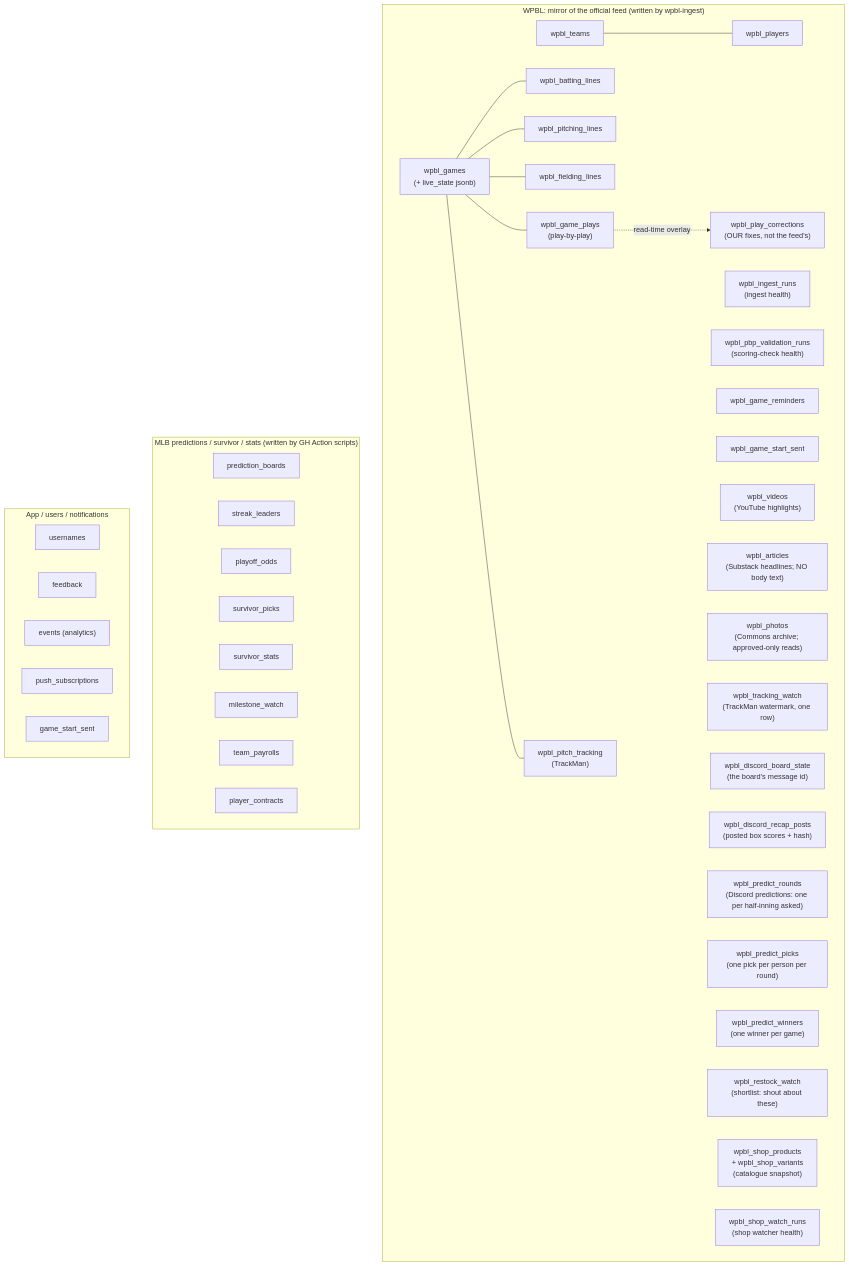
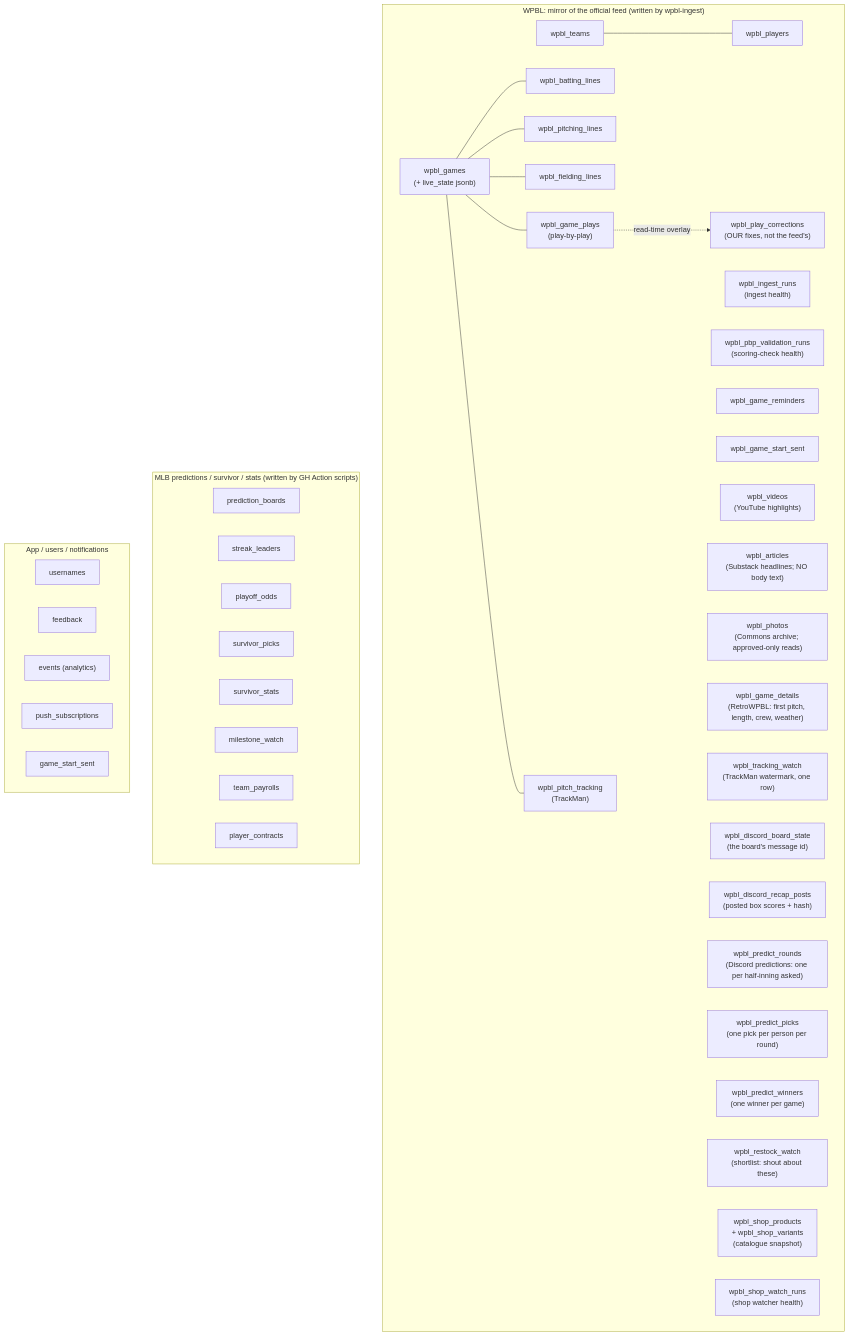
One commit to sportydolphin/fun changed the third of 5 diagrams in ARCHITECTURE.md. Above: the diagram before and after it, drawn with Mermaid. The commit also changed other lines of this file and 9 other files, not shown here.

````diff
--- a/ARCHITECTURE.md
+++ b/ARCHITECTURE.md
@@ -171,53 +171,54 @@
 ```mermaid
 flowchart TB
     subgraph WPBL["WPBL: mirror of the official feed (written by wpbl-ingest)"]
         t_teams["wpbl_teams"]
         t_players["wpbl_players"]
         t_games["wpbl_games<br/>(+ live_state jsonb)"]
         t_bat["wpbl_batting_lines"]
         t_pit["wpbl_pitching_lines"]
         t_field["wpbl_fielding_lines"]
         t_plays["wpbl_game_plays<br/>(play-by-play)"]
         t_track["wpbl_pitch_tracking<br/>(TrackMan)"]
         t_runs["wpbl_ingest_runs<br/>(ingest health)"]
         t_pbpval["wpbl_pbp_validation_runs<br/>(scoring-check health)"]
         t_rem["wpbl_game_reminders"]
         t_wsent["wpbl_game_start_sent"]
         t_vid["wpbl_videos<br/>(YouTube highlights)"]
         t_art["wpbl_articles<br/>(Substack headlines; NO body text)"]
         t_photo["wpbl_photos<br/>(Commons archive; approved-only reads)"]
+        t_gdet["wpbl_game_details<br/>(RetroWPBL: first pitch, length, crew, weather)"]
         t_trackwatch["wpbl_tracking_watch<br/>(TrackMan watermark, one row)"]
         t_board["wpbl_discord_board_state<br/>(the board's message id)"]
         t_recap["wpbl_discord_recap_posts<br/>(posted box scores + hash)"]
         t_pround["wpbl_predict_rounds<br/>(Discord predictions: one per half-inning asked)"]
         t_ppick["wpbl_predict_picks<br/>(one pick per person per round)"]
         t_pwin["wpbl_predict_winners<br/>(one winner per game)"]
         t_corr["wpbl_play_corrections<br/>(OUR fixes, not the feed's)"]
         t_restock["wpbl_restock_watch<br/>(shortlist: shout about these)"]
         t_shopp["wpbl_shop_products<br/>+ wpbl_shop_variants<br/>(catalogue snapshot)"]
         t_shopr["wpbl_shop_watch_runs<br/>(shop watcher health)"]
     end
 
     subgraph MLB["MLB predictions / survivor / stats (written by GH Action scripts)"]
         m_boards["prediction_boards"]
         m_streaks["streak_leaders"]
         m_odds["playoff_odds"]
         m_surv["survivor_picks"]
         m_survs["survivor_stats"]
         m_mile["milestone_watch"]
         m_pay["team_payrolls"]
         m_contract["player_contracts"]
     end
 
     subgraph APP["App / users / notifications"]
         a_users["usernames"]
         a_feed["feedback"]
         a_events["events (analytics)"]
         a_push["push_subscriptions"]
         a_sent["game_start_sent"]
     end
 
     t_teams --- t_players
     t_games --- t_bat & t_pit & t_field & t_plays & t_track
     t_plays -.->|read-time overlay| t_corr
 ```
````
